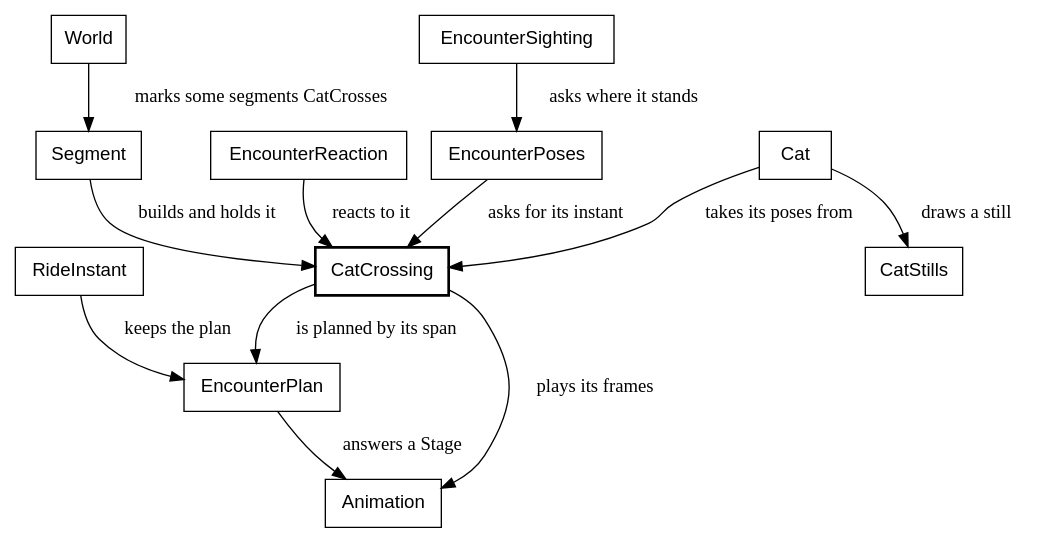
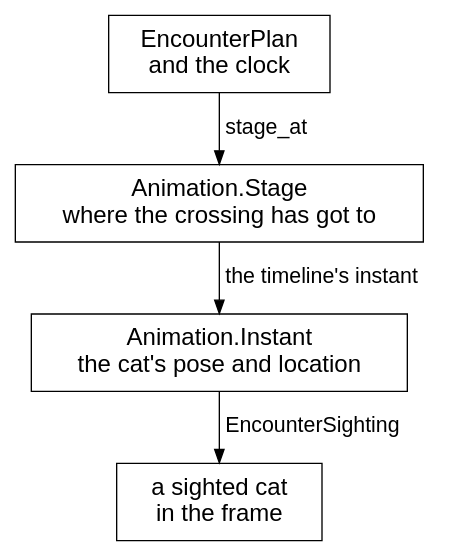
Before and after one commit to showell/roc-apps: diagram 12 of 22 in canvas_apps/safari/tutorial/tutorial.md, drawn with Graphviz. The commit also changed other lines of this file and 4 other files, not shown here.

````diff
--- a/canvas_apps/safari/tutorial/tutorial.md
+++ b/canvas_apps/safari/tutorial/tutorial.md
@@ -2107,17 +2103,16 @@
 ```dot
 digraph cat {
-  node [shape=box, fontname="Helvetica"];
-  CatCrossing [style=bold];
-  World -> Segment [label="  marks some segments CatCrosses"];
-  Segment -> CatCrossing [label="  builds and holds it"];
-  RideInstant -> EncounterPlan [label="  keeps the plan"];
-  EncounterReaction -> CatCrossing [label="  reacts to it"];
-  EncounterSighting -> EncounterPoses [label="  asks where it stands"];
-  EncounterPoses -> CatCrossing [label="  asks for its instant"];
-  Cat -> CatCrossing [label="  takes its poses from"];
-  CatCrossing -> Animation [label="  plays its frames"];
-  CatCrossing -> EncounterPlan [label="  is planned by its span"];
-  EncounterPlan -> Animation [label="  answers a Stage"];
-  Cat -> CatStills [label="  draws a still"];
+  rankdir=TB;
+  nodesep=0.6;
+  ranksep=0.5;
+  node [shape=box, fontname="Helvetica", fontsize=18, margin="0.25,0.12"];
+  edge [fontname="Helvetica", fontsize=16];
+  plan [label="EncounterPlan\nand the clock"];
+  stage [label="Animation.Stage\nwhere the crossing has got to"];
+  instant [label="Animation.Instant\nthe cat's pose and location"];
+  sighted [label="a sighted cat\nin the frame"];
+  plan -> stage [label="  stage_at\l"];
+  stage -> instant [label="  the timeline's instant\l"];
+  instant -> sighted [label="  EncounterSighting\l"];
 }
 ```
````
